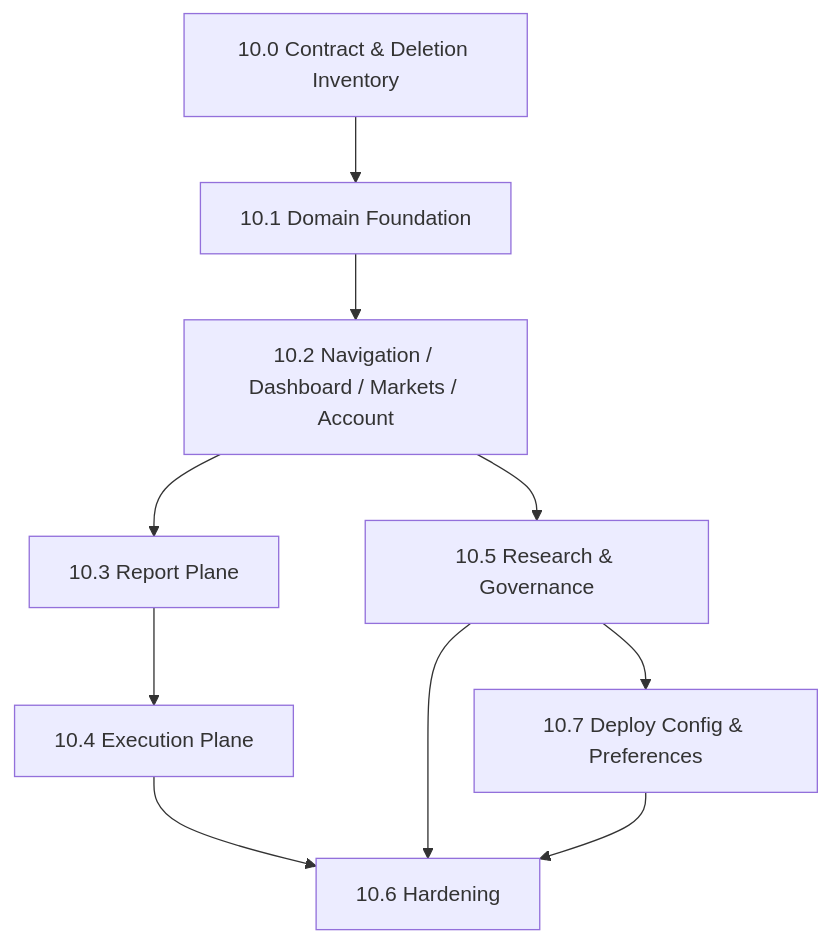
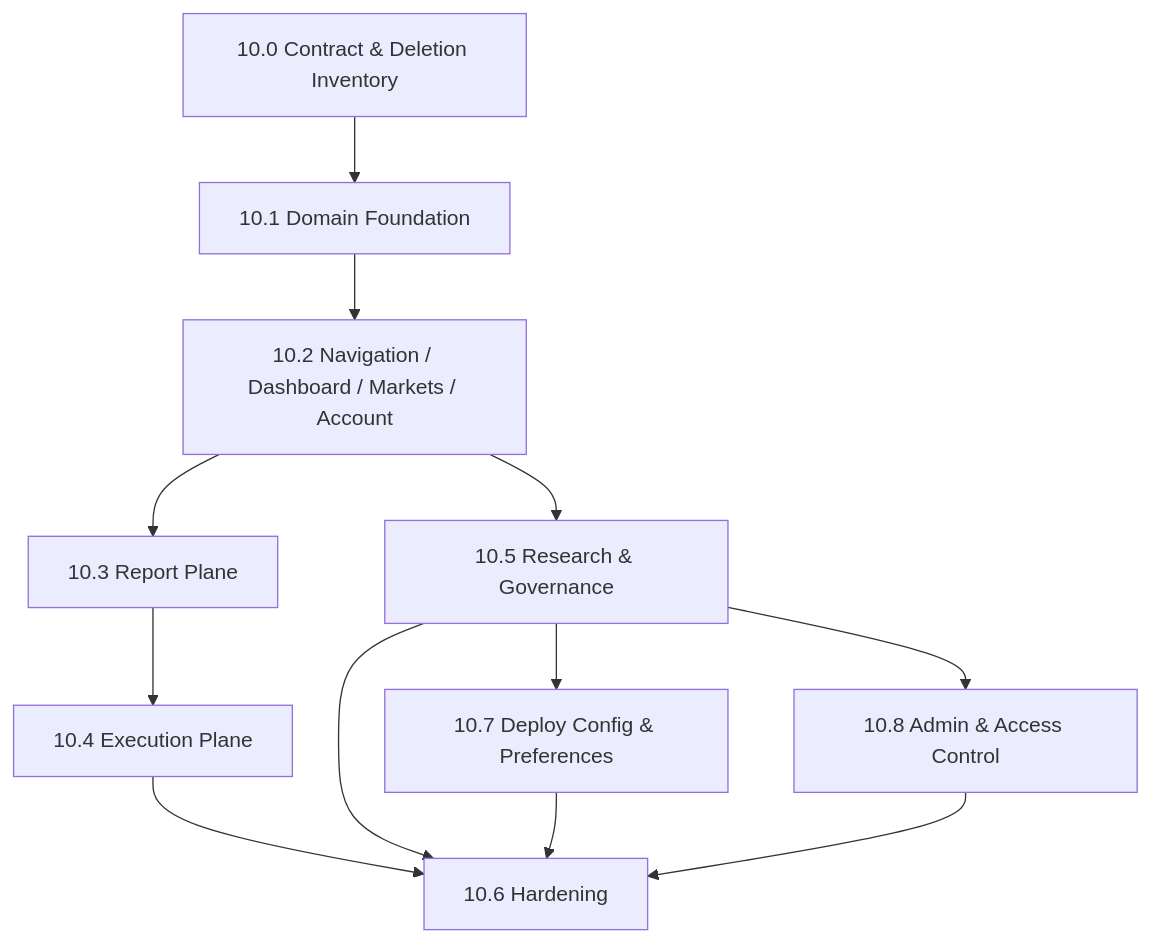
The diagram in docs/plans/quant-pivot/phase-10/README.md (solomon-ssy/oxide-arb), drawn with Mermaid before and after one commit. The commit also changed other lines of this file and 86 other files, not shown here.

````diff
--- a/docs/plans/quant-pivot/phase-10/README.md
+++ b/docs/plans/quant-pivot/phase-10/README.md
@@ -55,20 +56,22 @@
 ```mermaid
 flowchart TD
     P100["10.0 Contract & Deletion Inventory"]
     P101["10.1 Domain Foundation"]
     P102["10.2 Navigation / Dashboard / Markets / Account"]
     P103["10.3 Report Plane"]
     P104["10.4 Execution Plane"]
     P105["10.5 Research & Governance"]
     P106["10.6 Hardening"]
 
     P100 --> P101
     P101 --> P102
     P102 --> P103
     P103 --> P104
     P102 --> P105
     P104 --> P106
     P105 --> P106
     P105 --> P107["10.7 Deploy Config & Preferences"]
+    P105 --> P108["10.8 Admin & Access Control"]
     P107 --> P106
+    P108 --> P106
 ```
````
